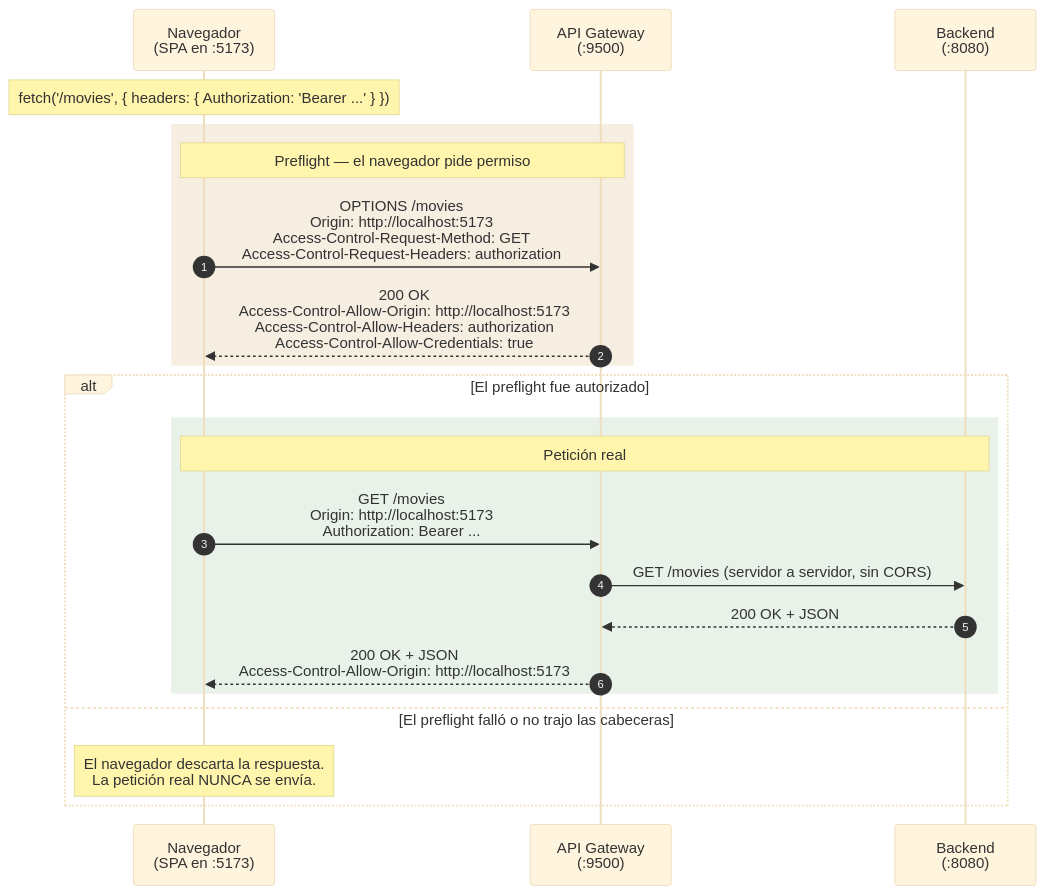
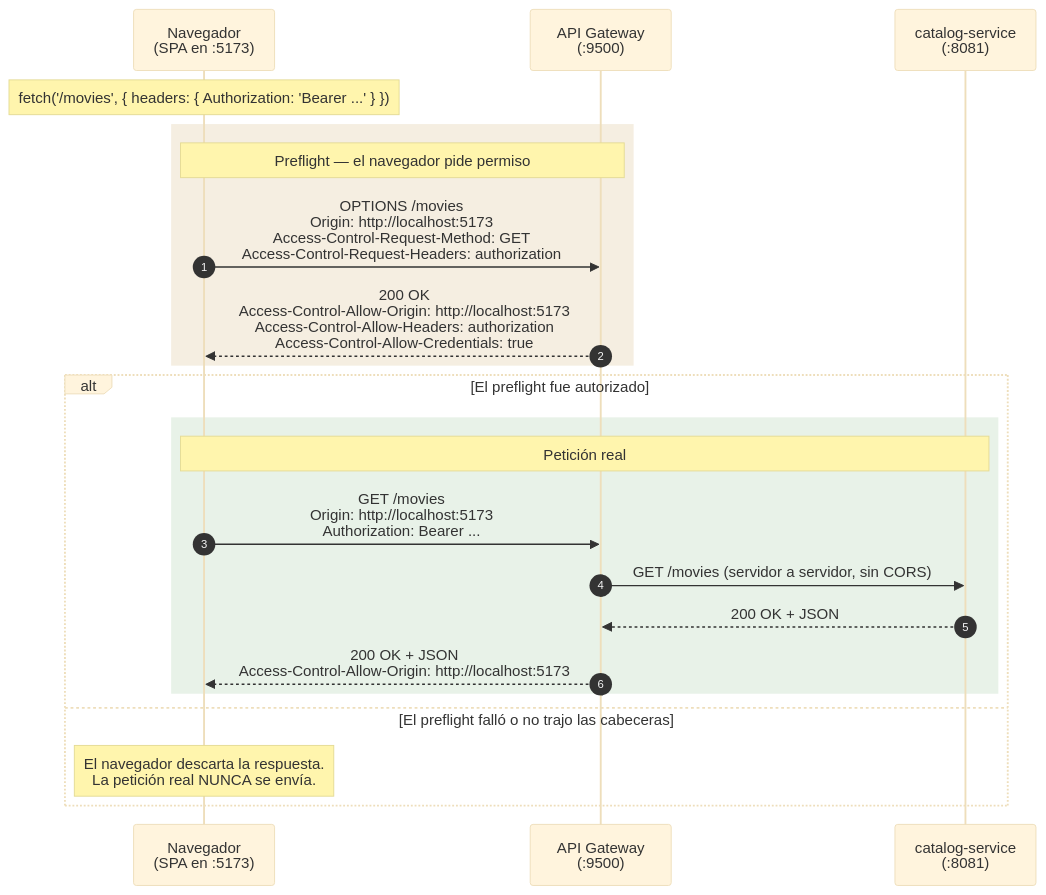
One commit to hmunoz/springboot-sso changed the first of 3 diagrams in docs/CORS.md. Above: the diagram before and after it, drawn with Mermaid (base theme). The commit also changed other lines of this file and 7 other files, not shown here.

Commit message:
docs: update Keycloak realm configuration and documentation for dual-service architecture

````diff
--- a/docs/CORS.md
+++ b/docs/CORS.md
@@ -37,27 +37,27 @@
 ```mermaid
 sequenceDiagram
     autonumber
     participant B as Navegador<br/>(SPA en :5173)
     participant G as API Gateway<br/>(:9500)
-    participant A as Backend<br/>(:8080)
+    participant A as catalog-service<br/>(:8081)
 
     Note over B: fetch('/movies', { headers: { Authorization: 'Bearer ...' } })
 
     rect rgb(245, 238, 225)
         Note over B,G: Preflight — el navegador pide permiso
         B->>G: OPTIONS /movies<br/>Origin: http://localhost:5173<br/>Access-Control-Request-Method: GET<br/>Access-Control-Request-Headers: authorization
         G-->>B: 200 OK<br/>Access-Control-Allow-Origin: http://localhost:5173<br/>Access-Control-Allow-Headers: authorization<br/>Access-Control-Allow-Credentials: true
     end
 
     alt El preflight fue autorizado
         rect rgb(232, 242, 232)
             Note over B,A: Petición real
             B->>G: GET /movies<br/>Origin: http://localhost:5173<br/>Authorization: Bearer ...
             G->>A: GET /movies (servidor a servidor, sin CORS)
             A-->>G: 200 OK + JSON
             G-->>B: 200 OK + JSON<br/>Access-Control-Allow-Origin: http://localhost:5173
         end
     else El preflight falló o no trajo las cabeceras
         Note over B: El navegador descarta la respuesta.<br/>La petición real NUNCA se envía.
     end
 ```
````
